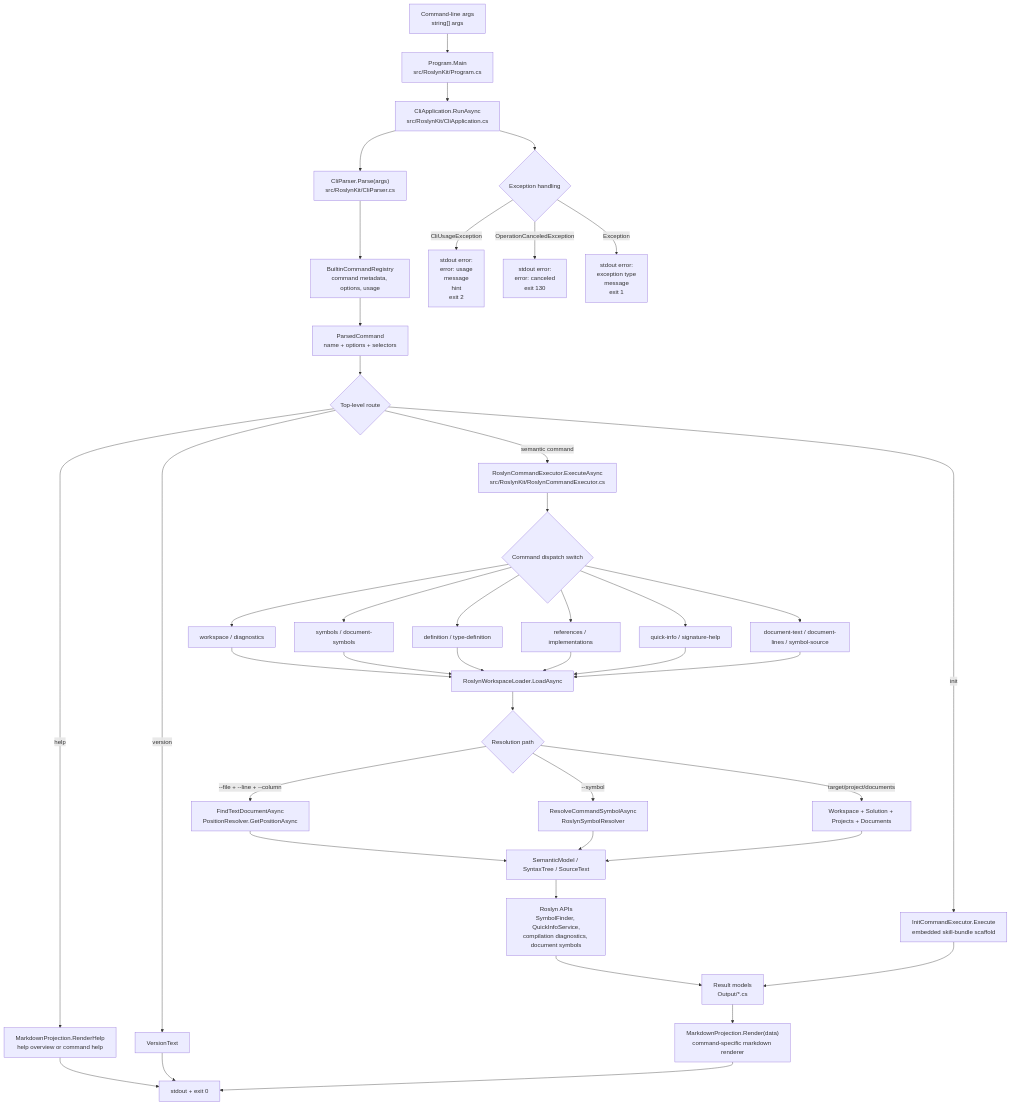
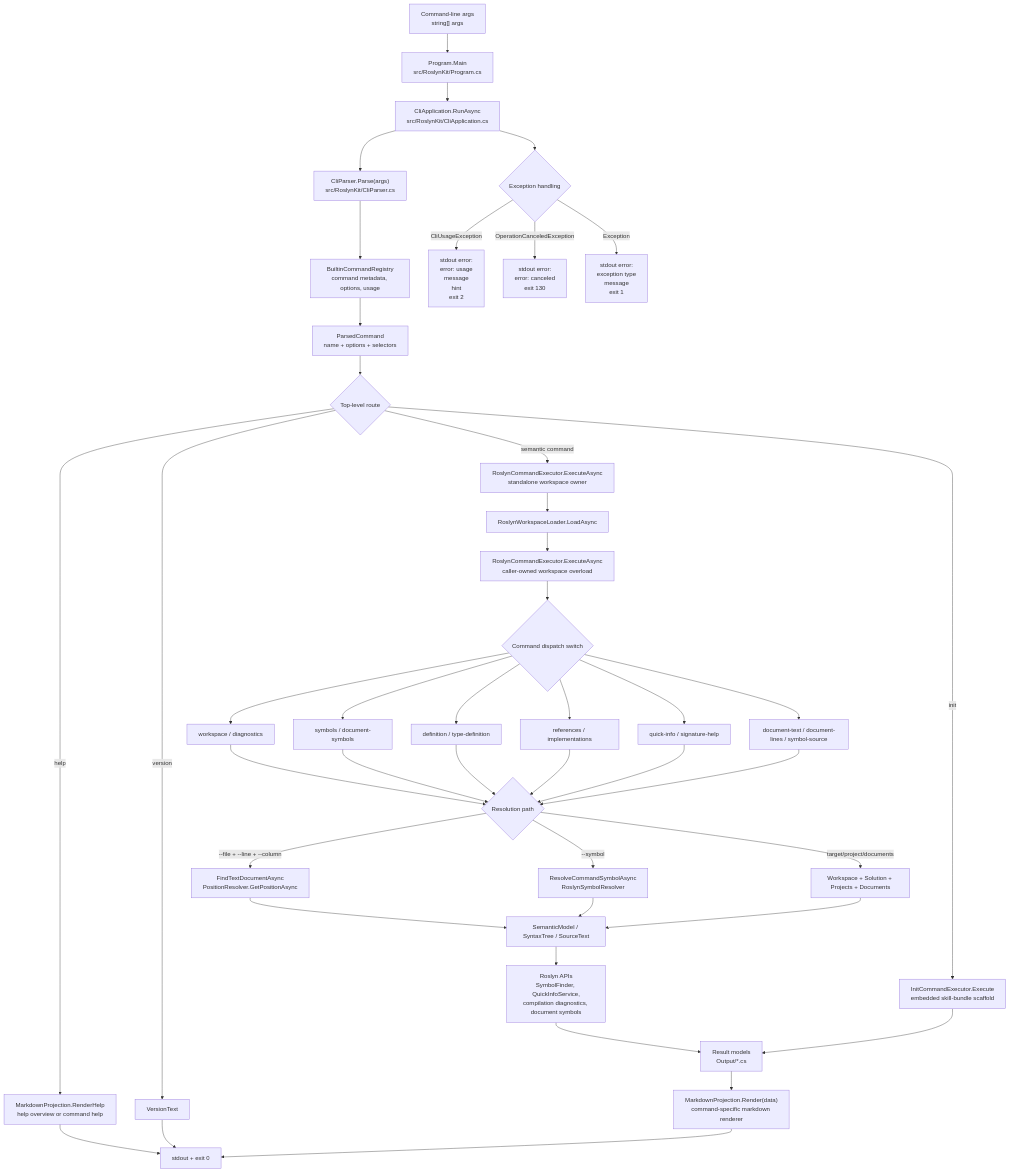
Before and after one commit to jgador/roslynkit: the diagram in .codex/atlas/repo-map.md, drawn with Mermaid. The commit also changed other lines of this file and 12 other files, not shown here.

````diff
--- a/.codex/atlas/repo-map.md
+++ b/.codex/atlas/repo-map.md
@@ -23,53 +23,52 @@
 ```mermaid
 flowchart TD
     A["Command-line args<br/>string[] args"] --> B["Program.Main<br/>src/RoslynKit/Program.cs"]
     B --> C["CliApplication.RunAsync<br/>src/RoslynKit/CliApplication.cs"]
 
     C --> D["CliParser.Parse(args)<br/>src/RoslynKit/CliParser.cs"]
     D --> E["BuiltinCommandRegistry<br/>command metadata, options, usage"]
     E --> F["ParsedCommand<br/>name + options + selectors"]
 
     F --> G{"Top-level route"}
     G -->|help| H["MarkdownProjection.RenderHelp<br/>help overview or command help"]
     G -->|version| I["VersionText"]
     G -->|init| IA["InitCommandExecutor.Execute<br/>embedded skill-bundle scaffold"]
-    G -->|semantic command| J["RoslynCommandExecutor.ExecuteAsync<br/>src/RoslynKit/RoslynCommandExecutor.cs"]
-
-    J --> K{"Command dispatch switch"}
+    G -->|semantic command| J["RoslynCommandExecutor.ExecuteAsync<br/>standalone workspace owner"]
+    J --> R["RoslynWorkspaceLoader.LoadAsync"]
+    R --> J2["RoslynCommandExecutor.ExecuteAsync<br/>caller-owned workspace overload"]
+    J2 --> K{"Command dispatch switch"}
     K --> L["workspace / diagnostics"]
     K --> M["symbols / document-symbols"]
     K --> N["definition / type-definition"]
     K --> O["references / implementations"]
     K --> P["quick-info / signature-help"]
     K --> Q["document-text / document-lines / symbol-source"]
 
-    L --> R["RoslynWorkspaceLoader.LoadAsync"]
-    M --> R
-    N --> R
-    O --> R
-    P --> R
-    Q --> R
-
-    R --> S{"Resolution path"}
+    L --> S{"Resolution path"}
+    M --> S
+    N --> S
+    O --> S
+    P --> S
+    Q --> S
     S -->|target/project/documents| T["Workspace + Solution + Projects + Documents"]
     S -->|--file + --line + --column| U["FindTextDocumentAsync<br/>PositionResolver.GetPositionAsync"]
     S -->|--symbol| V["ResolveCommandSymbolAsync<br/>RoslynSymbolResolver"]
 
     U --> W["SemanticModel / SyntaxTree / SourceText"]
     V --> W
     T --> W
 
     W --> X["Roslyn APIs<br/>SymbolFinder, QuickInfoService,<br/>compilation diagnostics, document symbols"]
     X --> Y["Result models<br/>Output/*.cs"]
     Y --> Z["MarkdownProjection.Render(data)<br/>command-specific markdown renderer"]
 
     H --> OUT["stdout + exit 0"]
     I --> OUT
     IA --> Y
     Z --> OUT
 
     C --> ERR{"Exception handling"}
     ERR -->|CliUsageException| E2["stdout error:<br/>error: usage<br/>message<br/>hint<br/>exit 2"]
     ERR -->|OperationCanceledException| E3["stdout error:<br/>error: canceled<br/>exit 130"]
     ERR -->|Exception| E4["stdout error:<br/>exception type<br/>message<br/>exit 1"]
 ```
````
